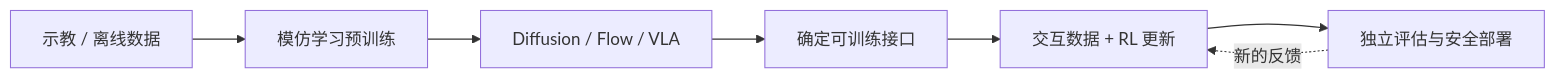
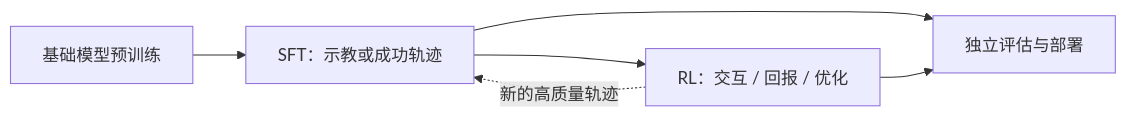
One commit to zengxiong111/zengxiong.github.io changed the first of 4 diagrams in files/RL_Post_Training_ZH.md. Above: the diagram before and after it, drawn with Mermaid. The commit also changed other lines of this file and 7 other files, not shown here.

````diff
--- a/files/RL_Post_Training_ZH.md
+++ b/files/RL_Post_Training_ZH.md
@@ -18,9 +47,8 @@
 ```mermaid
 flowchart LR
-  D["示教 / 离线数据"] --> P["模仿学习预训练"]
-  P --> B["Diffusion / Flow / VLA"]
-  B --> I["确定可训练接口"]
-  I --> T["交互数据 + RL 更新"]
-  T --> E["独立评估与安全部署"]
-  E -.->|新的反馈| T
+  P["基础模型预训练"] --> S["SFT：示教或成功轨迹"]
+  S --> R["RL：交互 / 回报 / 优化"]
+  R -.->|"新的高质量轨迹"| S
+  S --> V["独立评估与部署"]
+  R --> V
 ```
````
